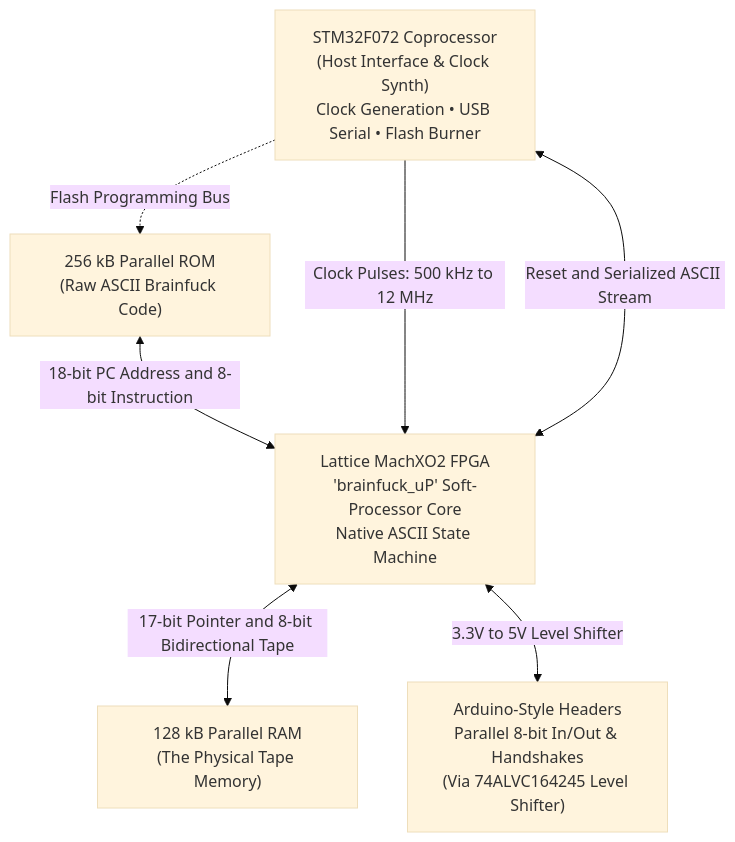
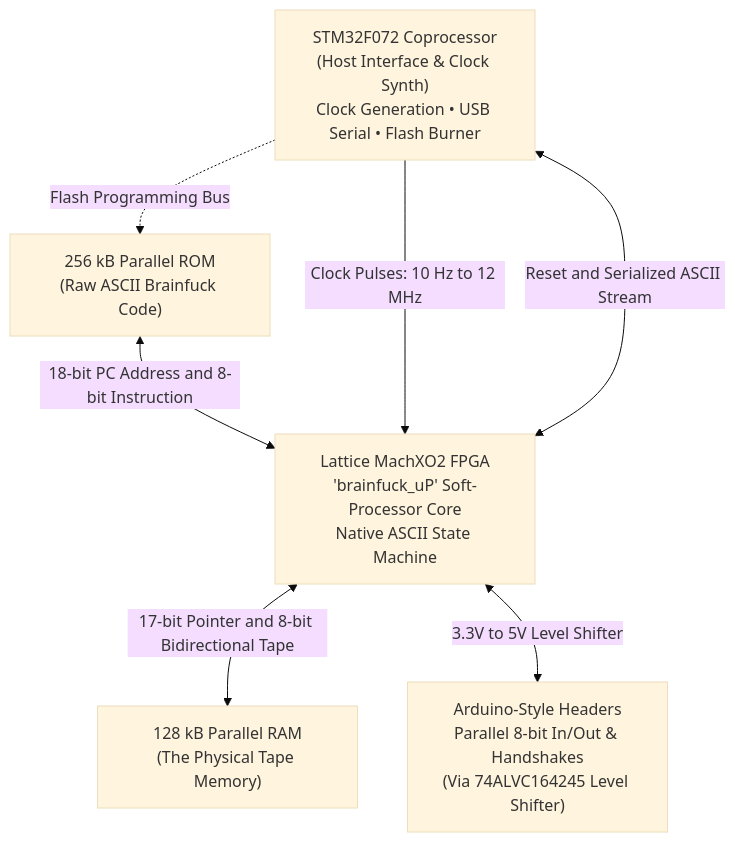
One commit to m-archibald/Brainfuino changed the diagram in documentation/docs/index.md. Above: the diagram before and after it, drawn with Mermaid (base theme). The commit also changed other lines of this file and 6 other files, not shown here.

````diff
--- a/documentation/docs/index.md
+++ b/documentation/docs/index.md
@@ -38,18 +45,18 @@
 ```mermaid
 flowchart TD
     ROM["256 kB Parallel ROM<br/>(Raw ASCII Brainfuck Code)"]
     RAM["128 kB Parallel RAM<br/>(The Physical Tape Memory)"]
     
     FPGA["Lattice MachXO2 FPGA<br/>'brainfuck_uP' Soft-Processor Core<br/>Native ASCII State Machine"]
 
     STM32["STM32F072 Coprocessor<br/>(Host Interface & Clock Synth)<br/>Clock Generation • USB Serial • Flash Burner"]
 
     SHIELD["Arduino-Style Headers<br/>Parallel 8-bit In/Out & Handshakes<br/>(Via 74ALVC164245 Level Shifter)"]
 
     ROM <-->|18-bit PC Address and 8-bit Instruction| FPGA
     FPGA <-->|17-bit Pointer and 8-bit Bidirectional Tape| RAM
-    STM32 -->|Clock Pulses: 500 kHz to 12 MHz| FPGA
+    STM32 -->|Clock Pulses: 10 Hz to 12 MHz| FPGA
     STM32 <-->|Reset and Serialized ASCII Stream| FPGA
     STM32 -.->|Flash Programming Bus| ROM
     FPGA <-->|3.3V to 5V Level Shifter| SHIELD
 ```
````
